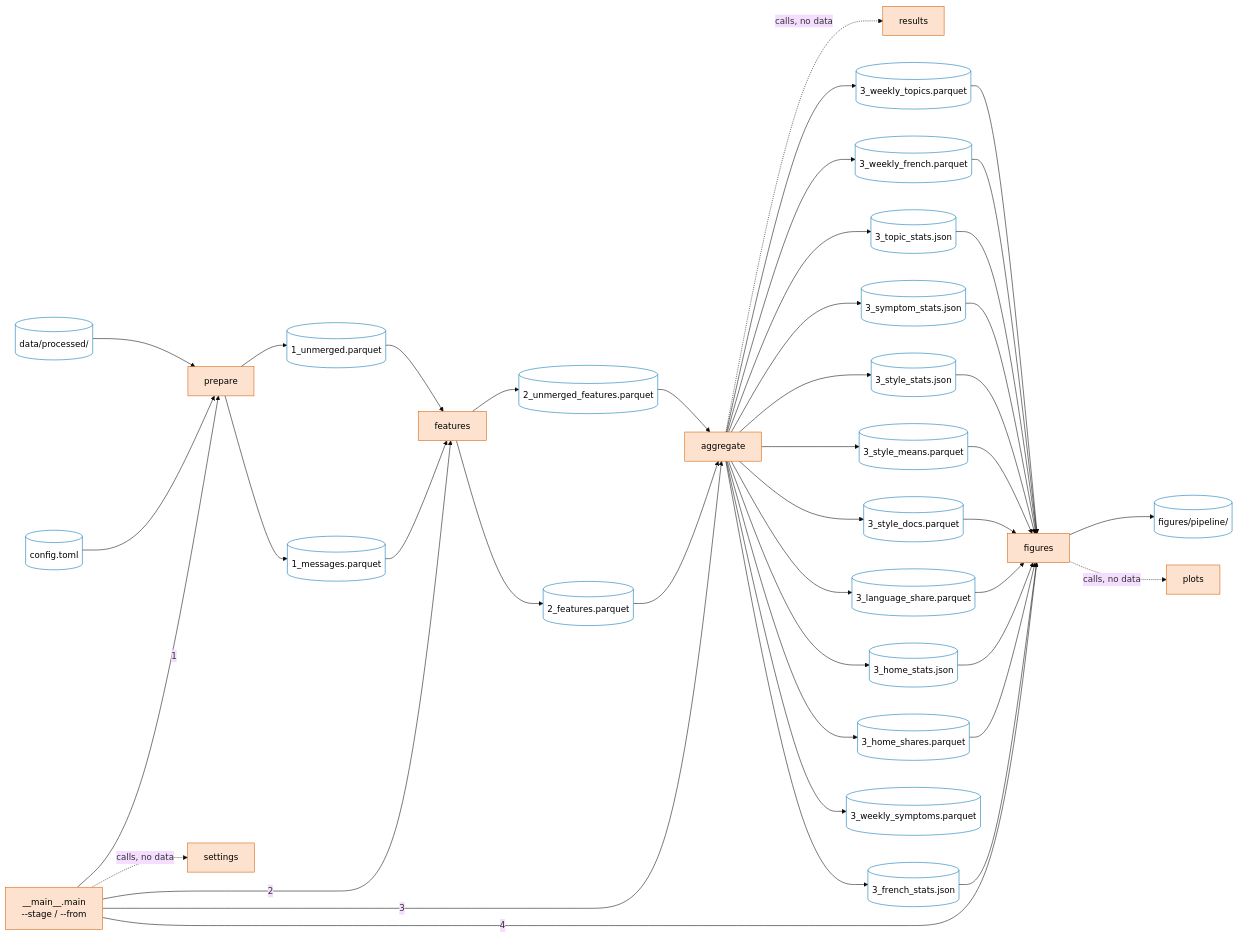
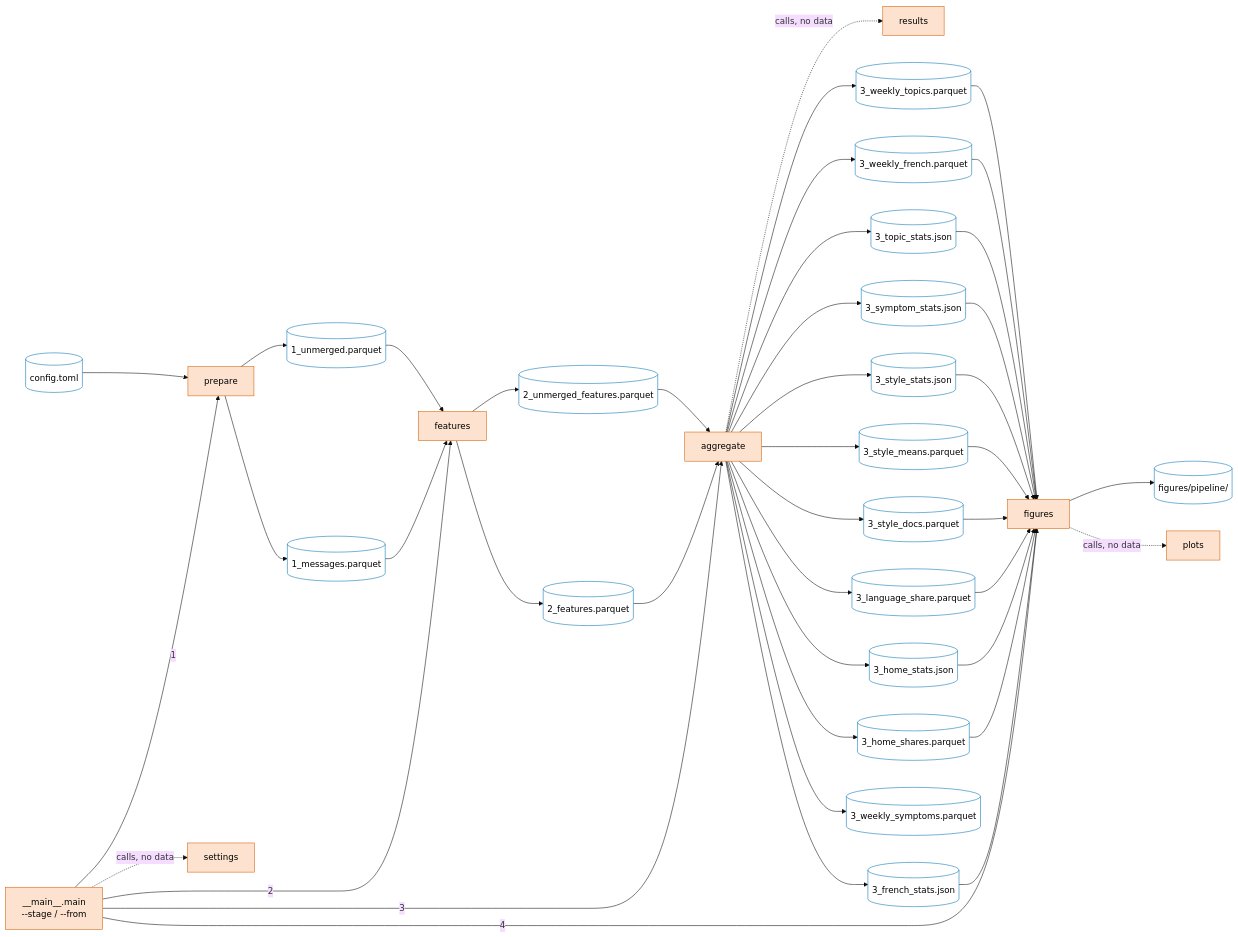
One commit to RoosCocolien/MADS-DAV changed the second of 2 diagrams in roos_pipeline/README.md. Above: the diagram before and after it, drawn with Mermaid (base theme). The commit also changed 14 other files, not shown here.

````diff
--- a/roos_pipeline/README.md
+++ b/roos_pipeline/README.md
@@ -114,77 +114,75 @@
 ```mermaid
 flowchart LR
     main["__main__.main<br/>--stage / --from"]
     prepare["prepare"]
     features["features"]
     aggregate["aggregate"]
     figures["figures"]
     plots["plots"]
     results["results"]
     settings["settings"]
     p_config_toml[("config.toml")]
-    p_data_processed[("data/processed/")]
     p_1_messages_parquet[("1_messages.parquet")]
     p_1_unmerged_parquet[("1_unmerged.parquet")]
     p_2_features_parquet[("2_features.parquet")]
     p_2_unmerged_features_parquet[("2_unmerged_features.parquet")]
     p_3_french_stats_json[("3_french_stats.json")]
     p_3_home_shares_parquet[("3_home_shares.parquet")]
     p_3_home_stats_json[("3_home_stats.json")]
     p_3_language_share_parquet[("3_language_share.parquet")]
     p_3_style_docs_parquet[("3_style_docs.parquet")]
     p_3_style_means_parquet[("3_style_means.parquet")]
     p_3_style_stats_json[("3_style_stats.json")]
     p_3_symptom_stats_json[("3_symptom_stats.json")]
     p_3_topic_stats_json[("3_topic_stats.json")]
     p_3_weekly_french_parquet[("3_weekly_french.parquet")]
     p_3_weekly_symptoms_parquet[("3_weekly_symptoms.parquet")]
     p_3_weekly_topics_parquet[("3_weekly_topics.parquet")]
     p_figures_pipeline[("figures/pipeline/")]
 
     main -- "1" --> prepare
     main -- "2" --> features
     main -- "3" --> aggregate
     main -- "4" --> figures
     p_config_toml --> prepare
-    p_data_processed --> prepare
     prepare --> p_1_messages_parquet
     prepare --> p_1_unmerged_parquet
     p_1_messages_parquet --> features
     p_1_unmerged_parquet --> features
     features --> p_2_features_parquet
     features --> p_2_unmerged_features_parquet
     p_2_features_parquet --> aggregate
     p_2_unmerged_features_parquet --> aggregate
     aggregate --> p_3_french_stats_json
     aggregate --> p_3_home_shares_parquet
     aggregate --> p_3_home_stats_json
     aggregate --> p_3_language_share_parquet
     aggregate --> p_3_style_docs_parquet
     aggregate --> p_3_style_means_parquet
     aggregate --> p_3_style_stats_json
     aggregate --> p_3_symptom_stats_json
     aggregate --> p_3_topic_stats_json
     aggregate --> p_3_weekly_french_parquet
     aggregate --> p_3_weekly_symptoms_parquet
     aggregate --> p_3_weekly_topics_parquet
     p_3_french_stats_json --> figures
     p_3_home_shares_parquet --> figures
     p_3_home_stats_json --> figures
     p_3_language_share_parquet --> figures
     p_3_style_docs_parquet --> figures
     p_3_style_means_parquet --> figures
     p_3_style_stats_json --> figures
     p_3_symptom_stats_json --> figures
     p_3_topic_stats_json --> figures
     p_3_weekly_french_parquet --> figures
     p_3_weekly_topics_parquet --> figures
     figures --> p_figures_pipeline
     figures -. "calls, no data" .-> plots
     aggregate -. "calls, no data" .-> results
     main -. "calls, no data" .-> settings
 
     classDef code fill:#fde3cf,stroke:#D55E00,color:#000
     classDef file fill:#fff,stroke:#0072B2,color:#000
     class main,prepare,features,aggregate,figures,plots,results,settings code
-    class p_config_toml,p_data_processed,p_1_messages_parquet,p_1_unmerged_parquet,p_2_features_parquet,p_2_unmerged_features_parquet,p_3_french_stats_json,p_3_home_shares_parquet,p_3_home_stats_json,p_3_language_share_parquet,p_3_style_docs_parquet,p_3_style_means_parquet,p_3_style_stats_json,p_3_symptom_stats_json,p_3_topic_stats_json,p_3_weekly_french_parquet,p_3_weekly_symptoms_parquet,p_3_weekly_topics_parquet,p_figures_pipeline file
+    class p_config_toml,p_1_messages_parquet,p_1_unmerged_parquet,p_2_features_parquet,p_2_unmerged_features_parquet,p_3_french_stats_json,p_3_home_shares_parquet,p_3_home_stats_json,p_3_language_share_parquet,p_3_style_docs_parquet,p_3_style_means_parquet,p_3_style_stats_json,p_3_symptom_stats_json,p_3_topic_stats_json,p_3_weekly_french_parquet,p_3_weekly_symptoms_parquet,p_3_weekly_topics_parquet,p_figures_pipeline file
 ```
````
